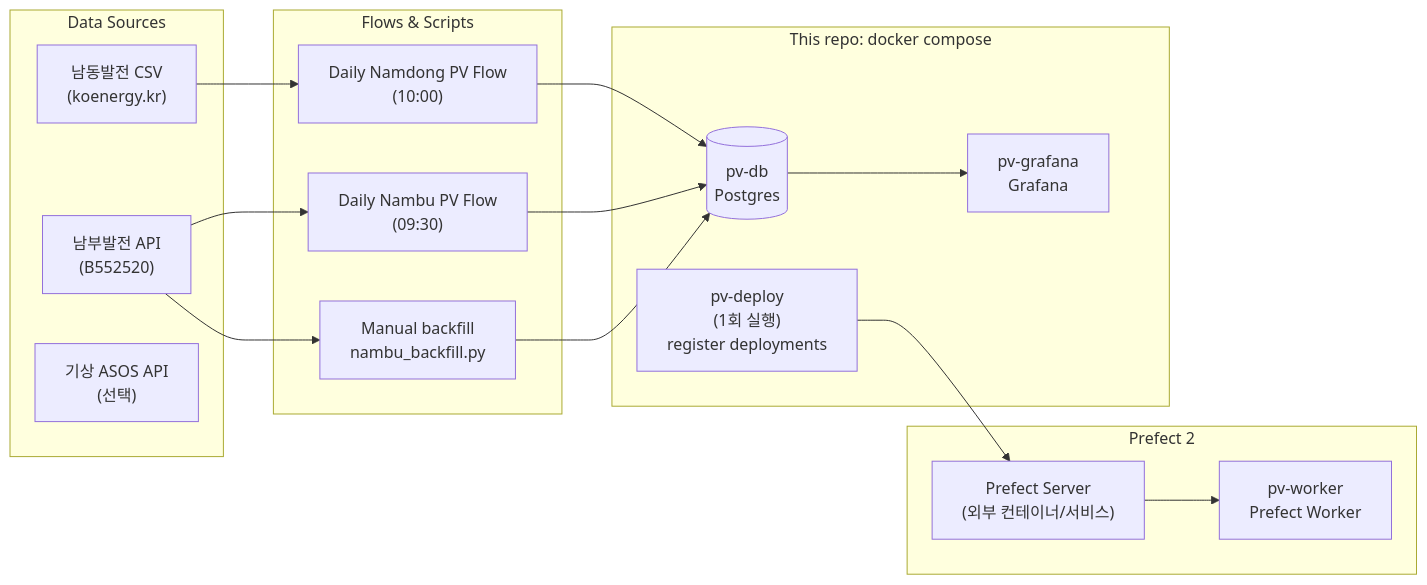
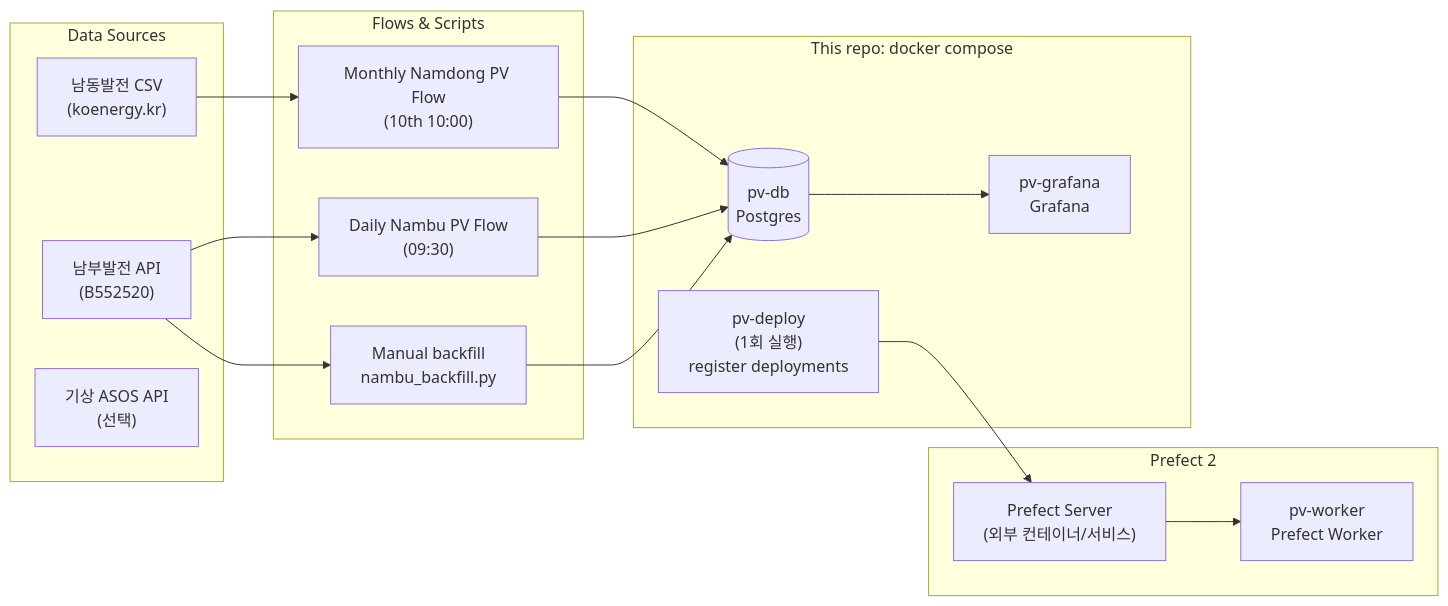
The first of 2 diagrams in README.md (zongseung/Energy-Data-pipeline), drawn with Mermaid before and after one commit. The commit also changed other lines of this file and 1 other file, not shown here.

Commit message:
prefect 배포파일 및 Readme 수정

````diff
--- a/README.md
+++ b/README.md
@@ -142,33 +142,33 @@
 ```mermaid
 flowchart LR
   subgraph Sources[Data Sources]
     NambuAPI["남부발전 API\n(B552520)"]
     NamdongCSV["남동발전 CSV\n(koenergy.kr)"]
     ASOS["기상 ASOS API\n(선택)"]
   end
 
   subgraph Prefect[Prefect 2]
     Server["Prefect Server\n(외부 컨테이너/서비스)"]
     Worker["pv-worker\nPrefect Worker"]
   end
 
   subgraph Compose["This repo: docker compose"]
     DB[(pv-db\nPostgres)]
     Grafana["pv-grafana\nGrafana"]
     Deployer["pv-deploy\n(1회 실행)\nregister deployments"]
   end
 
   subgraph Jobs[Flows & Scripts]
-    NamdongFlow["Daily Namdong PV Flow\n(10:00)"]
+    NamdongFlow["Monthly Namdong PV Flow\n(10th 10:00)"]
     NambuFlow["Daily Nambu PV Flow\n(09:30)"]
     NambuBackfill["Manual backfill\nnambu_backfill.py"]
   end
 
   Deployer --> Server
   Server --> Worker
 
   NamdongCSV --> NamdongFlow --> DB
   NambuAPI --> NambuFlow --> DB
   NambuAPI --> NambuBackfill --> DB
   DB --> Grafana
 ```
````
